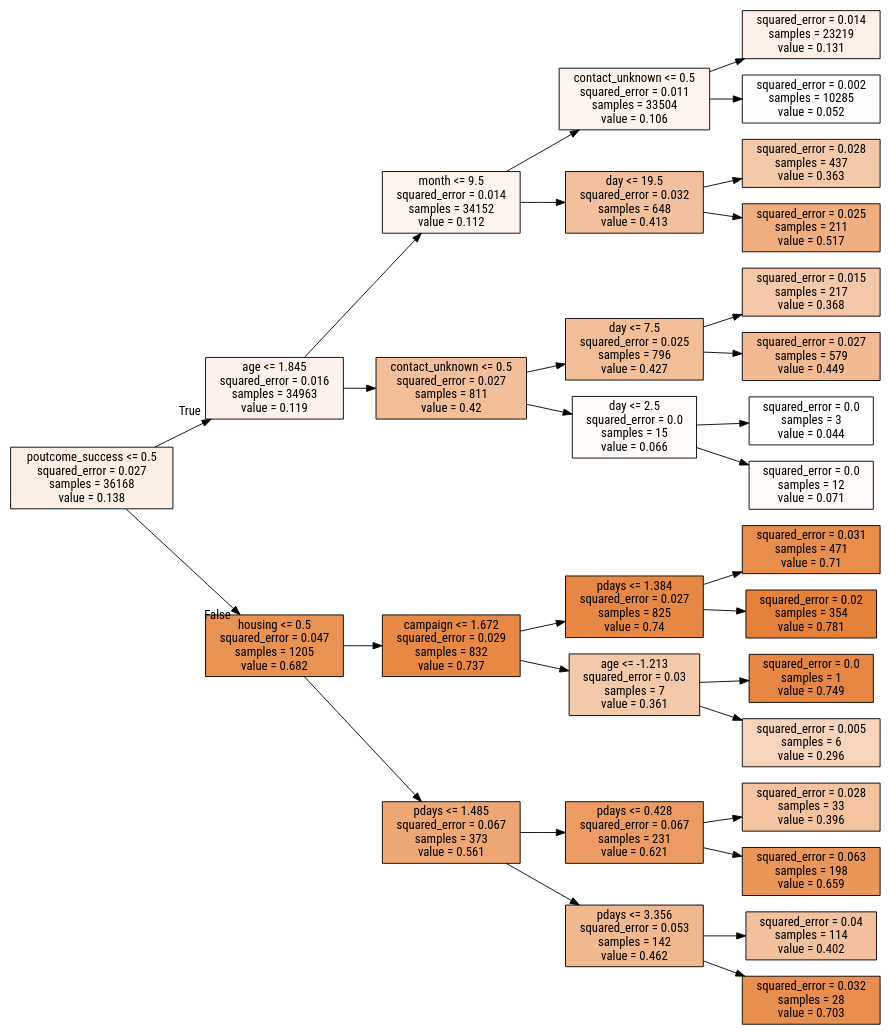
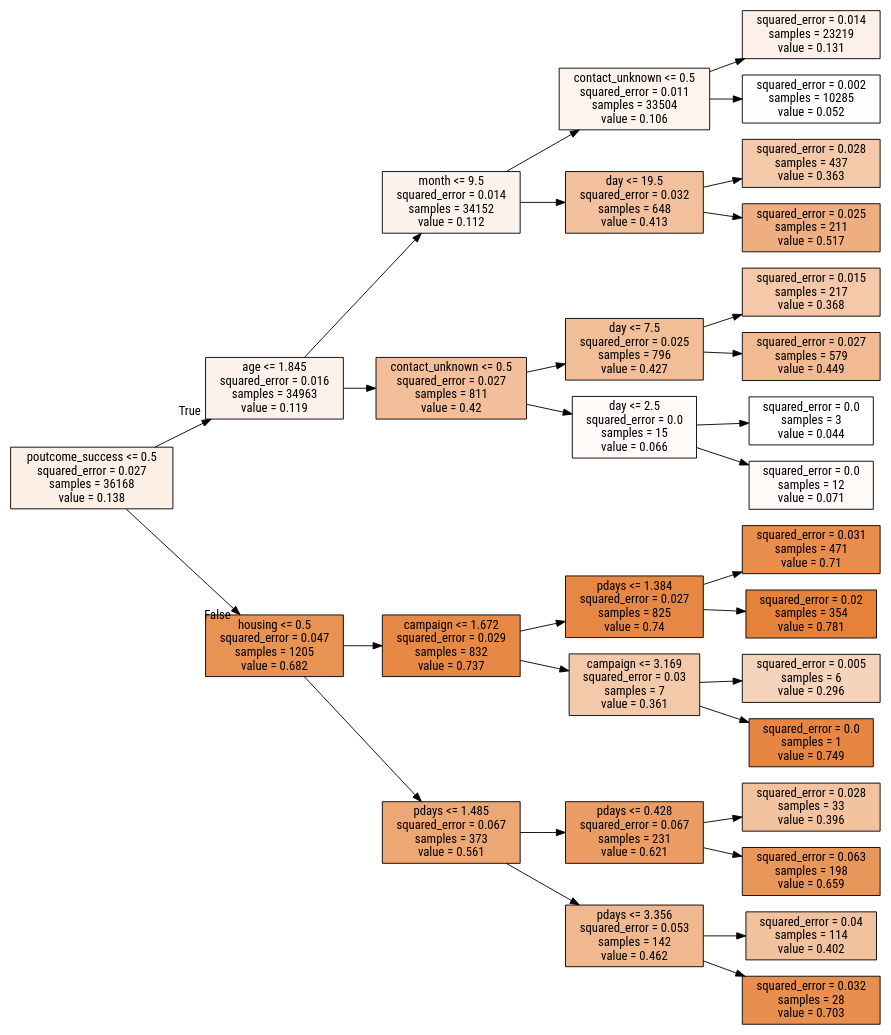
One commit to AndreasL7/bank_marketing changed the diagram in img/sur-sk.dot. Above: the diagram before and after it, drawn with Graphviz. The commit also changed 32 other files, not shown here.

```diff
--- a/img/sur-sk.dot
+++ b/img/sur-sk.dot
@@ -1,66 +1,66 @@
 digraph Tree {
 node [shape=box, style="filled", color="black", fontname="Roboto Condensed"] ;
 edge [fontname="Roboto Condensed"] ;
 rankdir=LR ;
 0 [label="poutcome_success <= 0.5\nsquared_error = 0.027\nsamples = 36168\nvalue = 0.138", fillcolor="#fcefe6"] ;
 1 [label="age <= 1.845\nsquared_error = 0.016\nsamples = 34963\nvalue = 0.119", fillcolor="#fcf2eb"] ;
 0 -> 1 [labeldistance=2.5, labelangle=-45, headlabel="True"] ;
 2 [label="month <= 9.5\nsquared_error = 0.014\nsamples = 34152\nvalue = 0.112", fillcolor="#fdf3ed"] ;
 1 -> 2 ;
 3 [label="contact_unknown <= 0.5\nsquared_error = 0.011\nsamples = 33504\nvalue = 0.106", fillcolor="#fdf4ee"] ;
 2 -> 3 ;
 4 [label="squared_error = 0.014\nsamples = 23219\nvalue = 0.131", fillcolor="#fcf0e8"] ;
 3 -> 4 ;
 5 [label="squared_error = 0.002\nsamples = 10285\nvalue = 0.052", fillcolor="#fffefd"] ;
 3 -> 5 ;
 6 [label="day <= 19.5\nsquared_error = 0.032\nsamples = 648\nvalue = 0.413", fillcolor="#f2c09c"] ;
 2 -> 6 ;
 7 [label="squared_error = 0.028\nsamples = 437\nvalue = 0.363", fillcolor="#f4c9a9"] ;
 6 -> 7 ;
 8 [label="squared_error = 0.025\nsamples = 211\nvalue = 0.517", fillcolor="#eeae80"] ;
 6 -> 8 ;
 9 [label="contact_unknown <= 0.5\nsquared_error = 0.027\nsamples = 811\nvalue = 0.42", fillcolor="#f2bf9a"] ;
 1 -> 9 ;
 10 [label="day <= 7.5\nsquared_error = 0.025\nsamples = 796\nvalue = 0.427", fillcolor="#f1be98"] ;
 9 -> 10 ;
 11 [label="squared_error = 0.015\nsamples = 217\nvalue = 0.368", fillcolor="#f4c8a8"] ;
 10 -> 11 ;
 12 [label="squared_error = 0.027\nsamples = 579\nvalue = 0.449", fillcolor="#f1ba92"] ;
 10 -> 12 ;
 13 [label="day <= 2.5\nsquared_error = 0.0\nsamples = 15\nvalue = 0.066", fillcolor="#fefbf9"] ;
 9 -> 13 ;
 14 [label="squared_error = 0.0\nsamples = 3\nvalue = 0.044", fillcolor="#ffffff"] ;
 13 -> 14 ;
 15 [label="squared_error = 0.0\nsamples = 12\nvalue = 0.071", fillcolor="#fefaf8"] ;
 13 -> 15 ;
 16 [label="housing <= 0.5\nsquared_error = 0.047\nsamples = 1205\nvalue = 0.682", fillcolor="#e89253"] ;
 0 -> 16 [labeldistance=2.5, labelangle=45, headlabel="False"] ;
 17 [label="campaign <= 1.672\nsquared_error = 0.029\nsamples = 832\nvalue = 0.737", fillcolor="#e78845"] ;
 16 -> 17 ;
 18 [label="pdays <= 1.384\nsquared_error = 0.027\nsamples = 825\nvalue = 0.74", fillcolor="#e68844"] ;
 17 -> 18 ;
 19 [label="squared_error = 0.031\nsamples = 471\nvalue = 0.71", fillcolor="#e88d4c"] ;
 18 -> 19 ;
 20 [label="squared_error = 0.02\nsamples = 354\nvalue = 0.781", fillcolor="#e58139"] ;
 18 -> 20 ;
-21 [label="age <= -1.213\nsquared_error = 0.03\nsamples = 7\nvalue = 0.361", fillcolor="#f4c9aa"] ;
+21 [label="campaign <= 3.169\nsquared_error = 0.03\nsamples = 7\nvalue = 0.361", fillcolor="#f4c9aa"] ;
 17 -> 21 ;
-22 [label="squared_error = 0.0\nsamples = 1\nvalue = 0.749", fillcolor="#e68642"] ;
+22 [label="squared_error = 0.005\nsamples = 6\nvalue = 0.296", fillcolor="#f6d4bb"] ;
 21 -> 22 ;
-23 [label="squared_error = 0.005\nsamples = 6\nvalue = 0.296", fillcolor="#f6d4bb"] ;
+23 [label="squared_error = 0.0\nsamples = 1\nvalue = 0.749", fillcolor="#e68642"] ;
 21 -> 23 ;
 24 [label="pdays <= 1.485\nsquared_error = 0.067\nsamples = 373\nvalue = 0.561", fillcolor="#eda774"] ;
 16 -> 24 ;
 25 [label="pdays <= 0.428\nsquared_error = 0.067\nsamples = 231\nvalue = 0.621", fillcolor="#eb9c64"] ;
 24 -> 25 ;
 26 [label="squared_error = 0.028\nsamples = 33\nvalue = 0.396", fillcolor="#f3c3a0"] ;
 25 -> 26 ;
 27 [label="squared_error = 0.063\nsamples = 198\nvalue = 0.659", fillcolor="#e9965a"] ;
 25 -> 27 ;
 28 [label="pdays <= 3.356\nsquared_error = 0.053\nsamples = 142\nvalue = 0.462", fillcolor="#f0b88f"] ;
 24 -> 28 ;
 29 [label="squared_error = 0.04\nsamples = 114\nvalue = 0.402", fillcolor="#f2c29f"] ;
 28 -> 29 ;
 30 [label="squared_error = 0.032\nsamples = 28\nvalue = 0.703", fillcolor="#e88e4e"] ;
 28 -> 30 ;
 }
```
